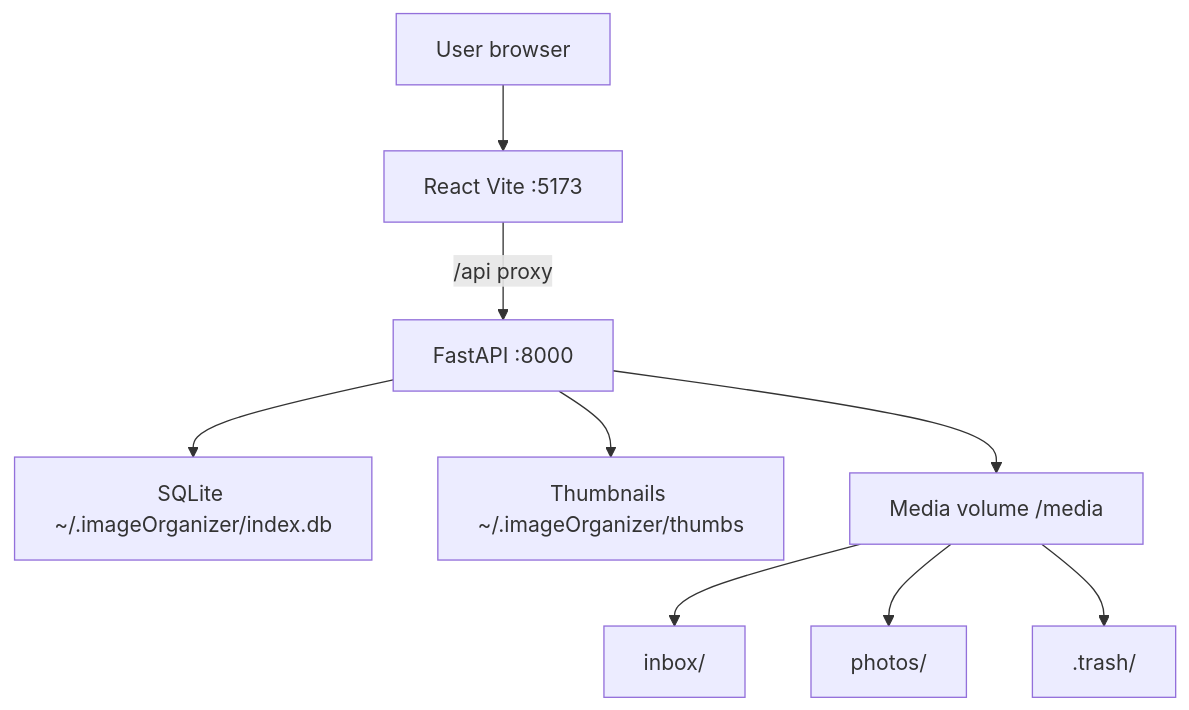
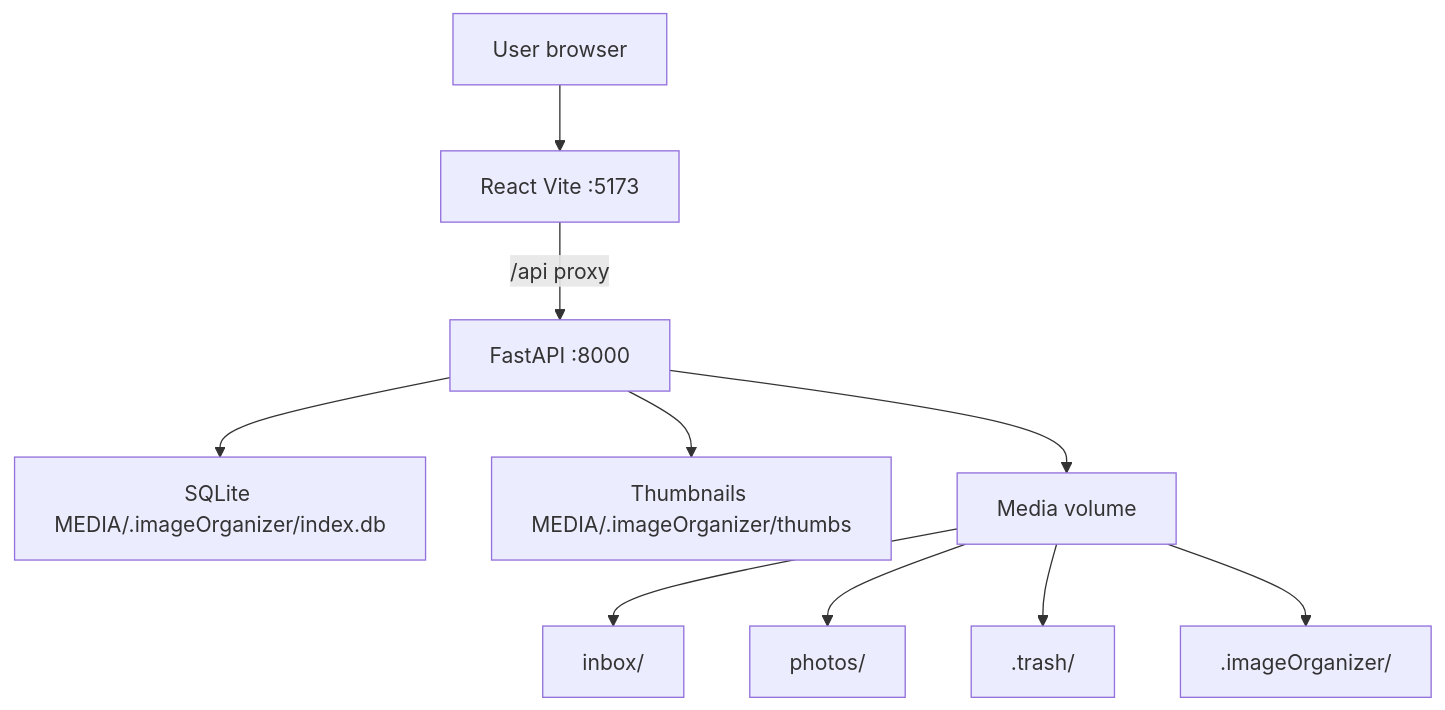
One commit to aherna04/imageOrganizer changed the first of 3 diagrams in docs/ARCHITECTURE.md. Above: the diagram before and after it, drawn with Mermaid. The commit also changed other lines of this file and 16 other files, not shown here.

````diff
--- a/docs/ARCHITECTURE.md
+++ b/docs/ARCHITECTURE.md
@@ -16,11 +16,12 @@
 ```mermaid
 flowchart TB
   User[User browser] --> Frontend["React Vite :5173"]
   Frontend -->|"/api proxy"| Backend["FastAPI :8000"]
-  Backend --> SQLite["SQLite ~/.imageOrganizer/index.db"]
-  Backend --> Thumbs["Thumbnails ~/.imageOrganizer/thumbs"]
-  Backend --> Media["Media volume /media"]
+  Backend --> SQLite["SQLite MEDIA/.imageOrganizer/index.db"]
+  Backend --> Thumbs["Thumbnails MEDIA/.imageOrganizer/thumbs"]
+  Backend --> Media["Media volume"]
   Media --> Inbox[inbox/]
   Media --> Archive[photos/]
   Media --> Trash[.trash/]
+  Media --> Catalog[.imageOrganizer/]
 ```
````
